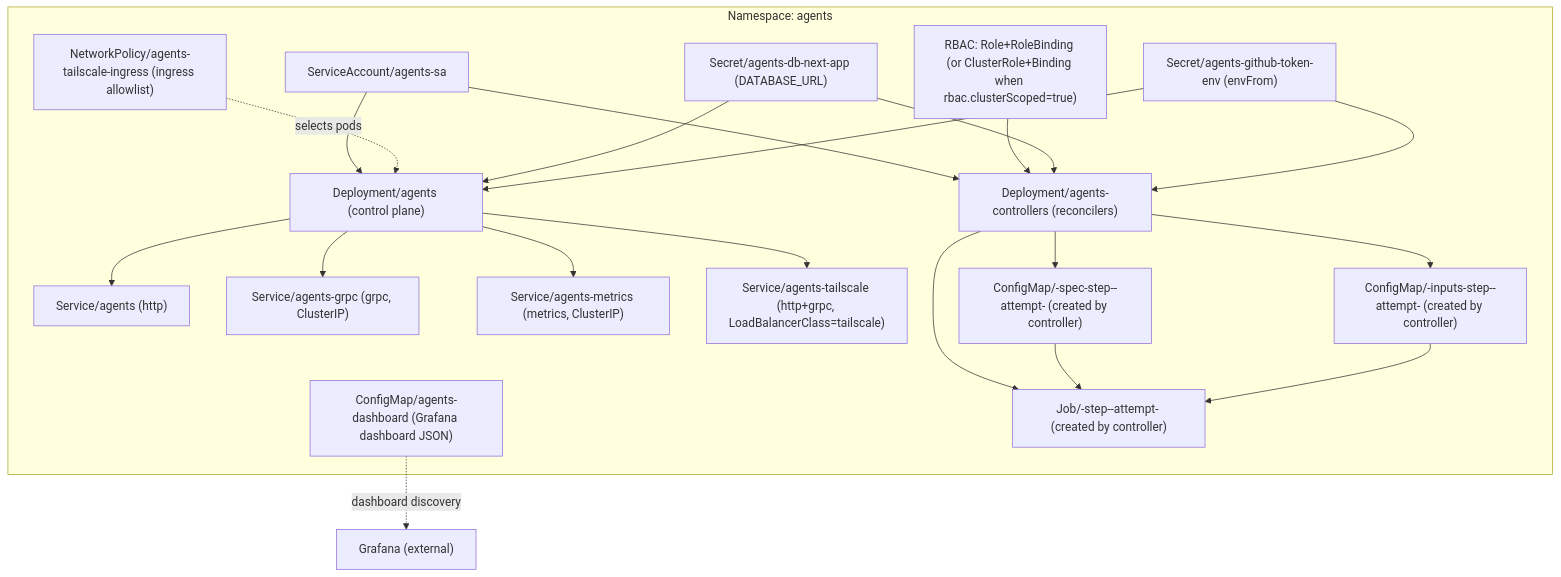
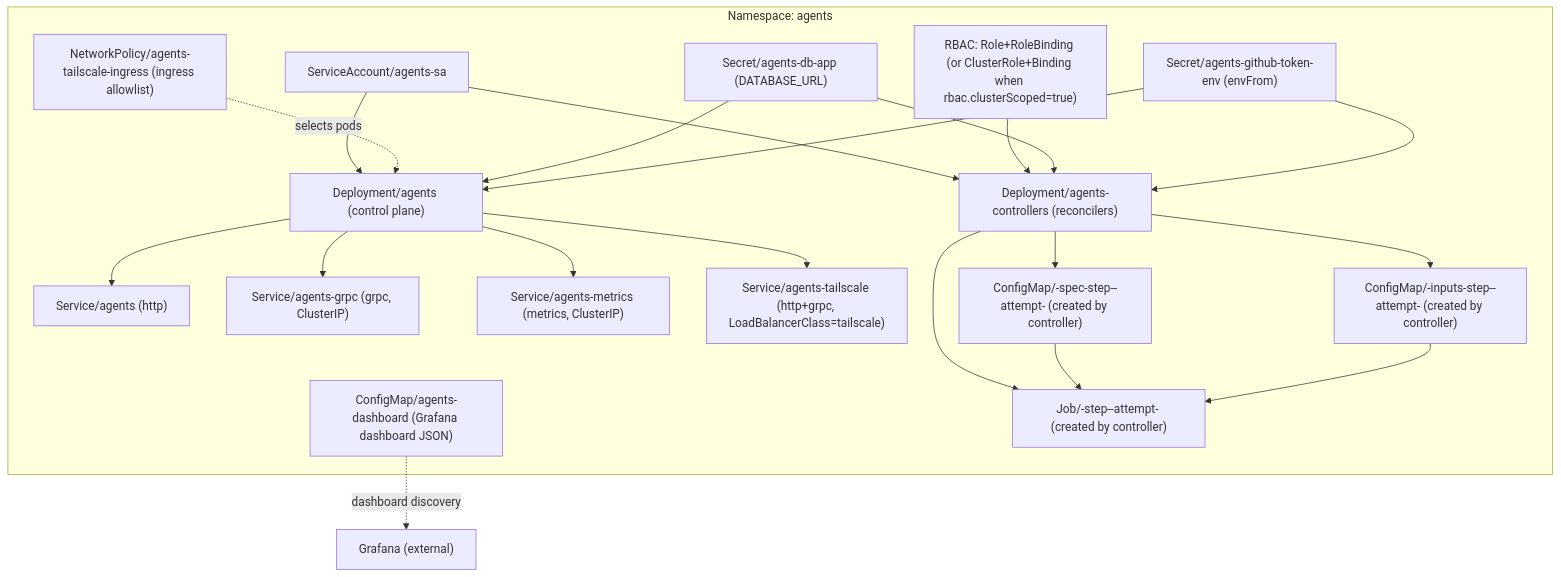
Before and after one commit to proompteng/lab: the second of 6 diagrams in docs/agents/agents-helm-chart-implementation.md, drawn with Mermaid. The commit also changed 208 other files, not shown here.

````diff
--- a/docs/agents/agents-helm-chart-implementation.md
+++ b/docs/agents/agents-helm-chart-implementation.md
@@ -65,47 +65,47 @@
 ```mermaid
 graph TD
   subgraph "Namespace: agents"
     CP["Deployment/agents (control plane)"]
     CTRL["Deployment/agents-controllers (reconcilers)"]
     SA["ServiceAccount/agents-sa"]
     RBAC["RBAC: Role+RoleBinding (or ClusterRole+Binding when rbac.clusterScoped=true)"]
 
     SvcHTTP["Service/agents (http)"]
     SvcGRPC["Service/agents-grpc (grpc, ClusterIP)"]
     SvcMetrics["Service/agents-metrics (metrics, ClusterIP)"]
     TSvc["Service/agents-tailscale (http+grpc, LoadBalancerClass=tailscale)"]
     TNetpol["NetworkPolicy/agents-tailscale-ingress (ingress allowlist)"]
     DashCM["ConfigMap/agents-dashboard (Grafana dashboard JSON)"]
 
-    DbSecret["Secret/agents-db-next-app (DATABASE_URL)"]
+    DbSecret["Secret/agents-db-app (DATABASE_URL)"]
     TokenEnv["Secret/agents-github-token-env (envFrom)"]
 
     RunSpecCM["ConfigMap/<run>-spec-step-<n>-attempt-<n> (created by controller)"]
     RunInputsCM["ConfigMap/<run>-inputs-step-<n>-attempt-<n> (created by controller)"]
     Job["Job/<run>-step-<n>-attempt-<n> (created by controller)"]
   end
 
   Grafana["Grafana (external)"]
 
   SA --> CP
   SA --> CTRL
   RBAC --> CTRL
 
   CP --> SvcHTTP
   CP --> SvcGRPC
   CP --> SvcMetrics
   CP --> TSvc
   TNetpol -. "selects pods" .-> CP
   DashCM -. "dashboard discovery" .-> Grafana
 
   DbSecret --> CP
   DbSecret --> CTRL
   TokenEnv --> CP
   TokenEnv --> CTRL
 
   CTRL --> RunSpecCM
   CTRL --> RunInputsCM
   CTRL --> Job
   RunSpecCM --> Job
   RunInputsCM --> Job
 ```
````
